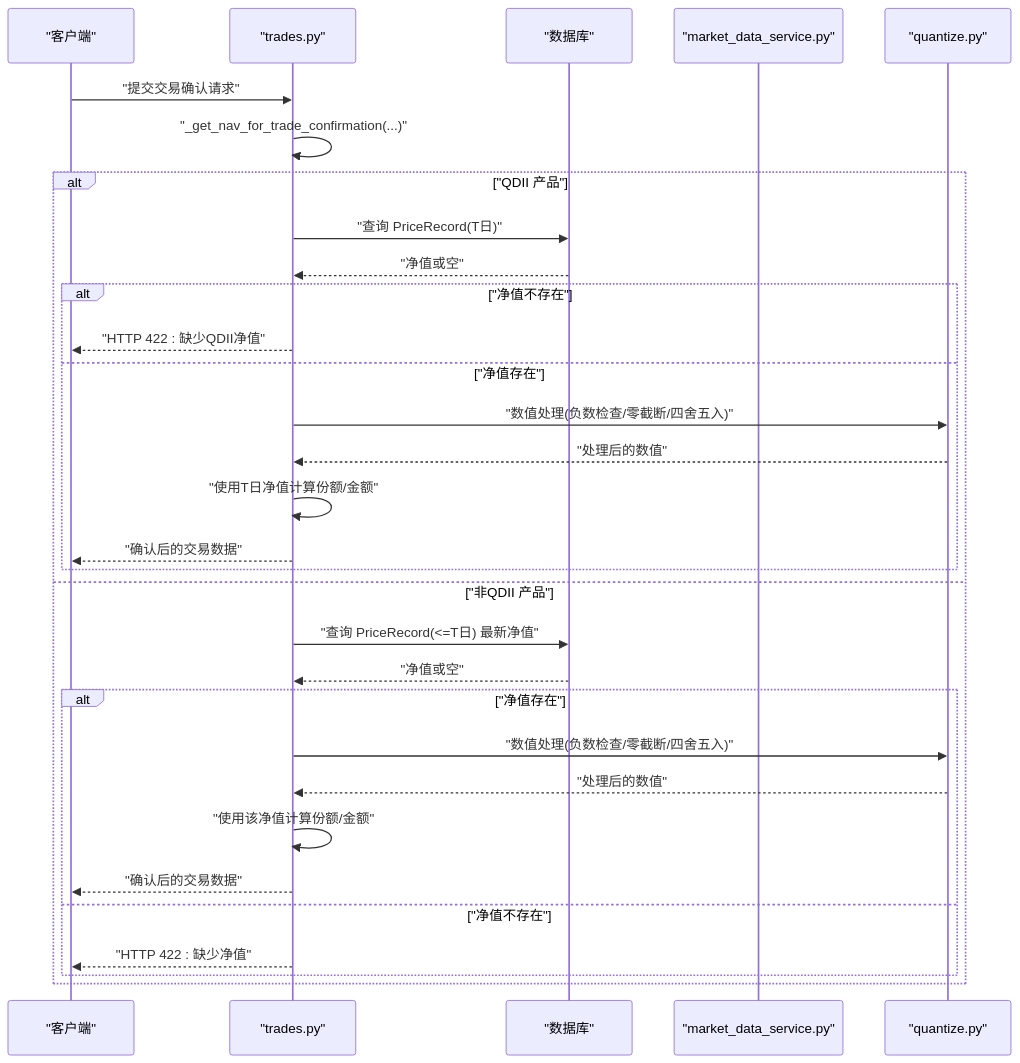
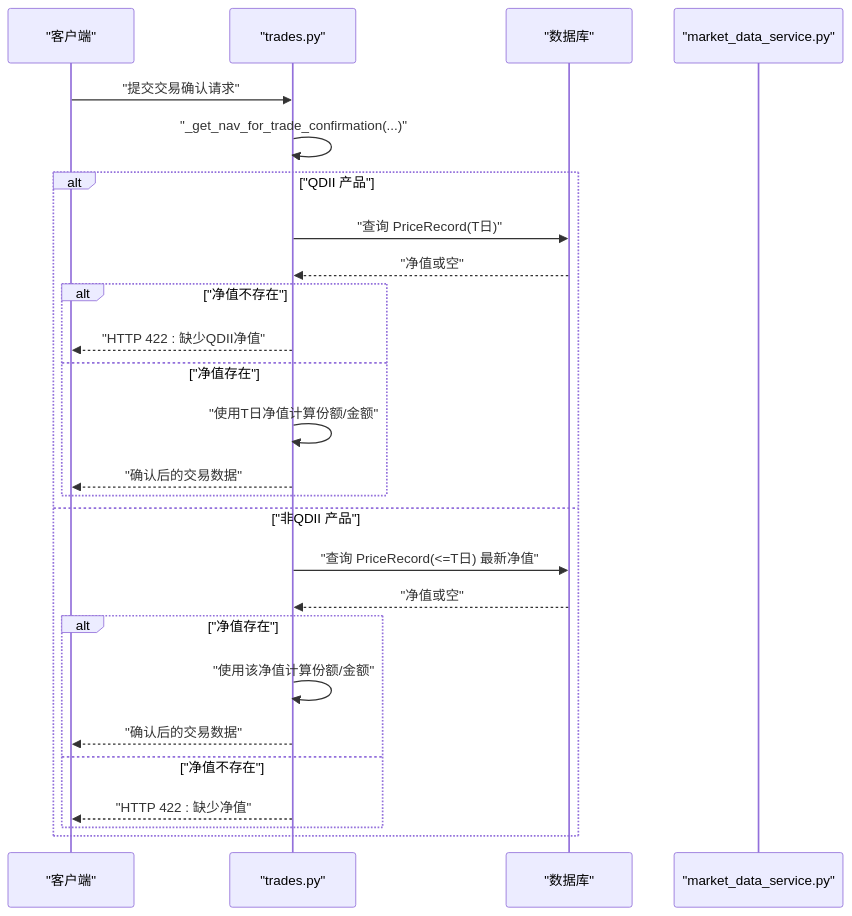
The second of 8 diagrams in .qoder/repowiki/zh/content/数据库设计/核心计算公式.md (gujialind/InvestRing), drawn with Mermaid before and after one commit. The commit also changed other lines of this file and 65 other files, not shown here.

````diff
--- a/.qoder/repowiki/zh/content/数据库设计/核心计算公式.md
+++ b/.qoder/repowiki/zh/content/数据库设计/核心计算公式.md
@@ -144,33 +122,28 @@
 ```mermaid
 sequenceDiagram
 participant Client as "客户端"
 participant Trades as "trades.py"
 participant DB as "数据库"
 participant MarketSvc as "market_data_service.py"
-participant QuantUtil as "quantize.py"
 Client->>Trades : "提交交易确认请求"
 Trades->>Trades : "_get_nav_for_trade_confirmation(...)"
 alt "QDII 产品"
 Trades->>DB : "查询 PriceRecord(T日)"
 DB-->>Trades : "净值或空"
 alt "净值不存在"
 Trades-->>Client : "HTTP 422 : 缺少QDII净值"
 else "净值存在"
-Trades->>QuantUtil : "数值处理(负数检查/零截断/四舍五入)"
-QuantUtil-->>Trades : "处理后的数值"
 Trades->>Trades : "使用T日净值计算份额/金额"
 Trades-->>Client : "确认后的交易数据"
 end
 else "非QDII 产品"
 Trades->>DB : "查询 PriceRecord(<=T日) 最新净值"
 DB-->>Trades : "净值或空"
 alt "净值存在"
-Trades->>QuantUtil : "数值处理(负数检查/零截断/四舍五入)"
-QuantUtil-->>Trades : "处理后的数值"
 Trades->>Trades : "使用该净值计算份额/金额"
 Trades-->>Client : "确认后的交易数据"
 else "净值不存在"
 Trades-->>Client : "HTTP 422 : 缺少净值"
 end
 end
 ```
````
